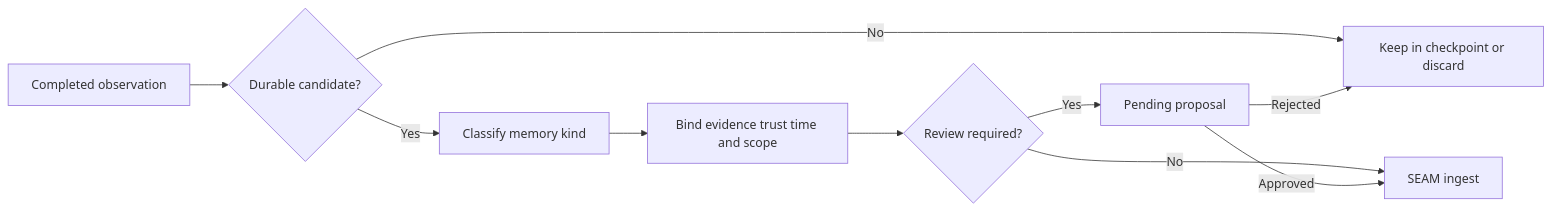
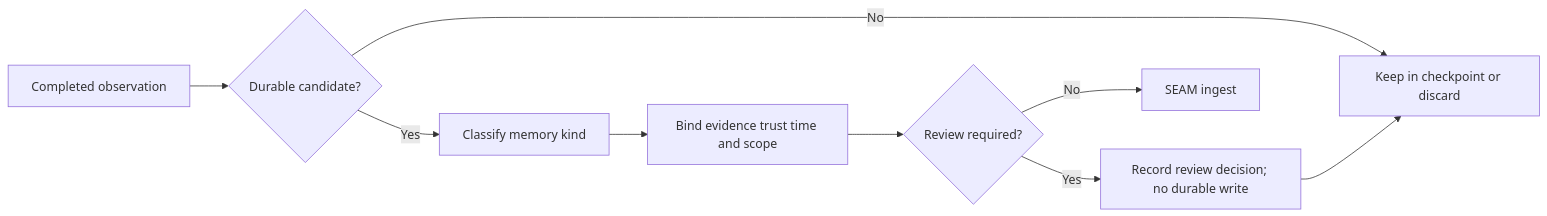
One commit to Canticle-AI-Research/Ghost changed the second of 2 diagrams in docs/operations/MEMORY_LIFECYCLE.md. Above: the diagram before and after it, drawn with Mermaid. The commit also changed other lines of this file and 45 other files, not shown here.

````diff
--- a/docs/operations/MEMORY_LIFECYCLE.md
+++ b/docs/operations/MEMORY_LIFECYCLE.md
@@ -75,12 +79,11 @@
 ```mermaid
 flowchart LR
     O[Completed observation] --> C{Durable candidate?}
     C -->|No| X[Keep in checkpoint or discard]
     C -->|Yes| K[Classify memory kind]
     K --> E[Bind evidence trust time and scope]
     E --> R{Review required?}
-    R -->|Yes| P[Pending proposal]
+    R -->|Yes| P[Record review decision; no durable write]
     R -->|No| I[SEAM ingest]
-    P -->|Approved| I
-    P -->|Rejected| X
+    P --> X
 ```
````
